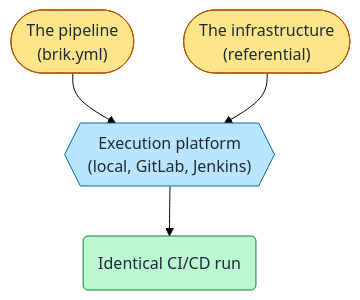
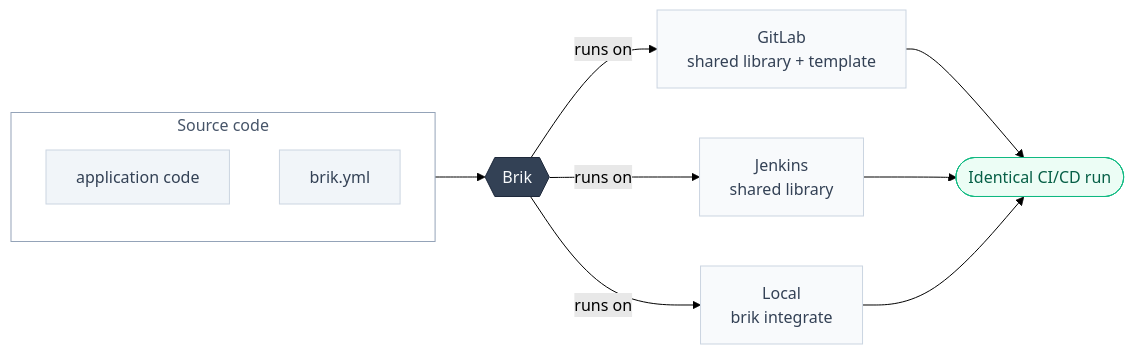
The first of 4 diagrams in README.md (getbrik/brik), drawn with Mermaid (forest theme) before and after one commit. The commit also changed other lines of this file and 4 other files, not shown here.

First line of the commit message:
docs: rewrite README around the brik.yml <-> referential separation

````diff
--- a/README.md
+++ b/README.md
@@ -133,15 +146,26 @@
 ```mermaid
-flowchart TD
-    PIPE(["The pipeline<br/>(brik.yml)"]):::config
-    INFRA(["The infrastructure<br/>(referential)"]):::config
-    PLAT{{"Execution platform<br/>(local, GitLab, Jenkins)"}}:::platform
-    RUN("Identical CI/CD run"):::outcome
+flowchart LR
+    subgraph repo["Source code"]
+        direction TB
+        APP["application code"]:::source
+        PIPE["brik.yml"]:::source
+    end
 
-    PIPE --> PLAT
-    INFRA --> PLAT
-    PLAT --> RUN
+    BRIK{{"Brik"}}:::tool
 
-    classDef config fill:#fde68a,stroke:#b45309,color:#1f2937
-    classDef platform fill:#bae6fd,stroke:#0369a1,color:#1f2937
-    classDef outcome fill:#bbf7d0,stroke:#15803d,color:#1f2937
+    repo --> BRIK
+
+    BRIK -- runs on --> GL["GitLab<br/>shared library + template"]:::platform
+    BRIK -- runs on --> JK["Jenkins<br/>shared library"]:::platform
+    BRIK -- runs on --> LO["Local<br/>brik integrate"]:::platform
+
+    GL --> RUN(["Identical CI/CD run"]):::outcome
+    JK --> RUN
+    LO --> RUN
+
+    classDef source fill:#f1f5f9,stroke:#cbd5e1,color:#334155
+    classDef tool fill:#334155,stroke:#1e293b,color:#f8fafc
+    classDef platform fill:#f8fafc,stroke:#cbd5e1,color:#334155
+    classDef outcome fill:#ecfdf5,stroke:#10b981,color:#065f46
+    style repo fill:#ffffff,stroke:#94a3b8,color:#475569
 ```
````
